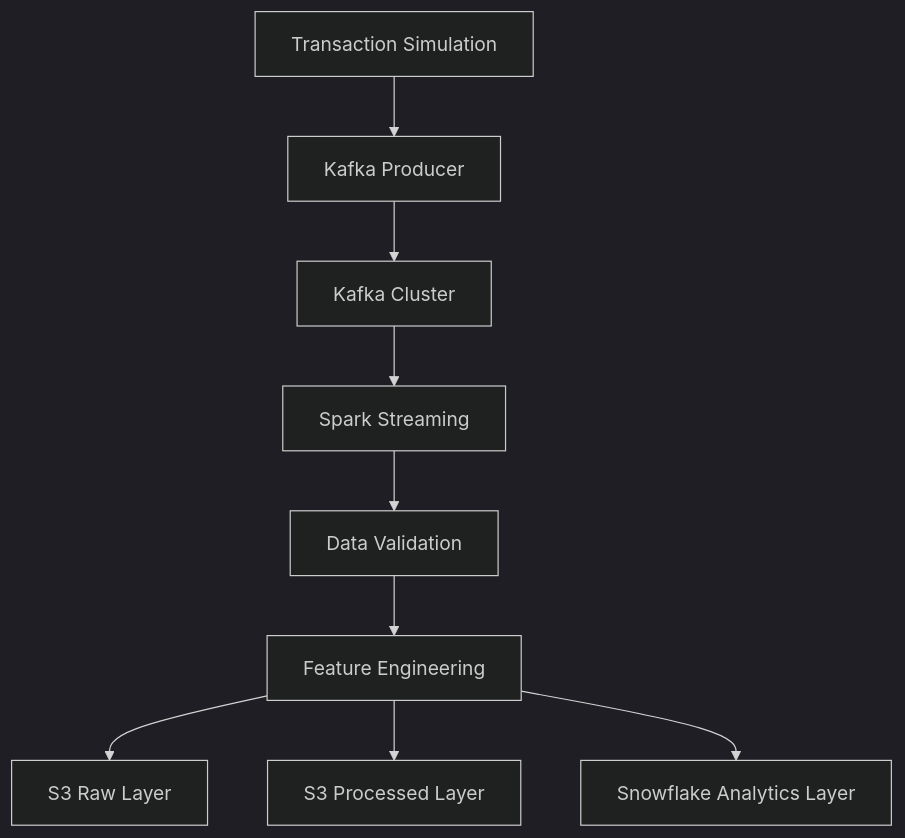
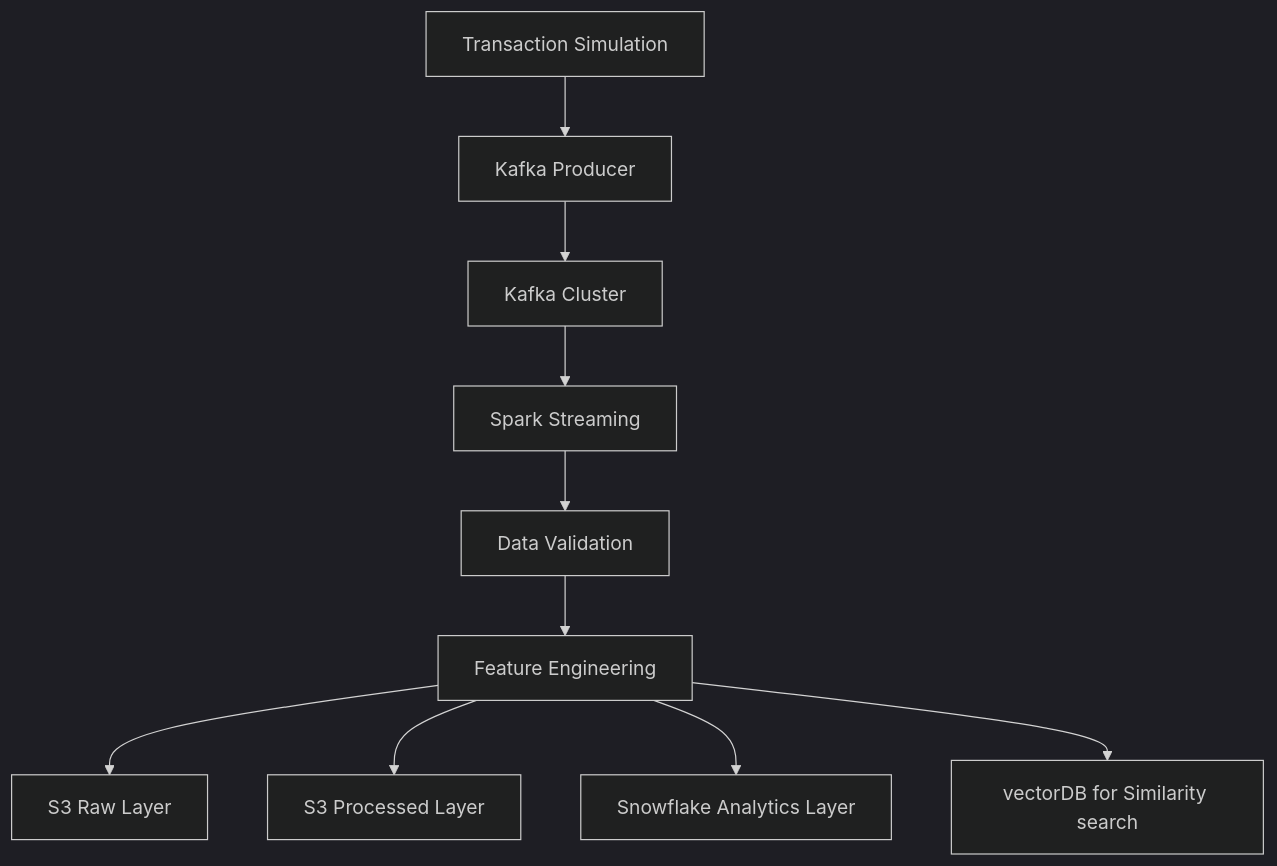
One commit to Kowshik0811/fraud-data-platform changed the second of 3 diagrams in README.md. Above: the diagram before and after it, drawn with Mermaid (dark theme). The commit also changed other lines of this file, not shown here.

````diff
--- a/README.md
+++ b/README.md
@@ -36,12 +38,13 @@
 ```mermaid
 flowchart TD
 
 A[Transaction Simulation] --> B[Kafka Producer]
 B --> C[Kafka Cluster]
 C --> D[Spark Streaming]
 D --> E[Data Validation]
 E --> F[Feature Engineering]
 F --> G[S3 Raw Layer]
 F --> H[S3 Processed Layer]
 F --> I[Snowflake Analytics Layer]
+F --> J[vectorDB for Similarity search]
 ```
````
